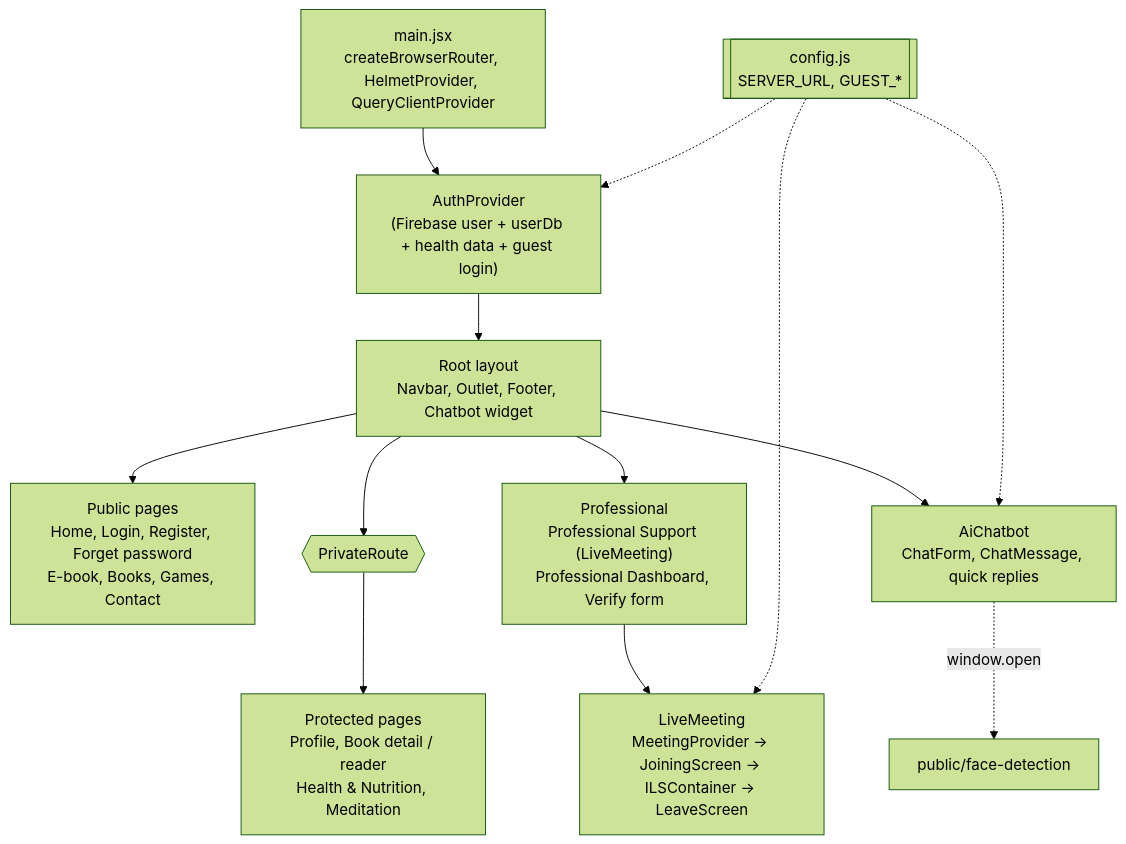
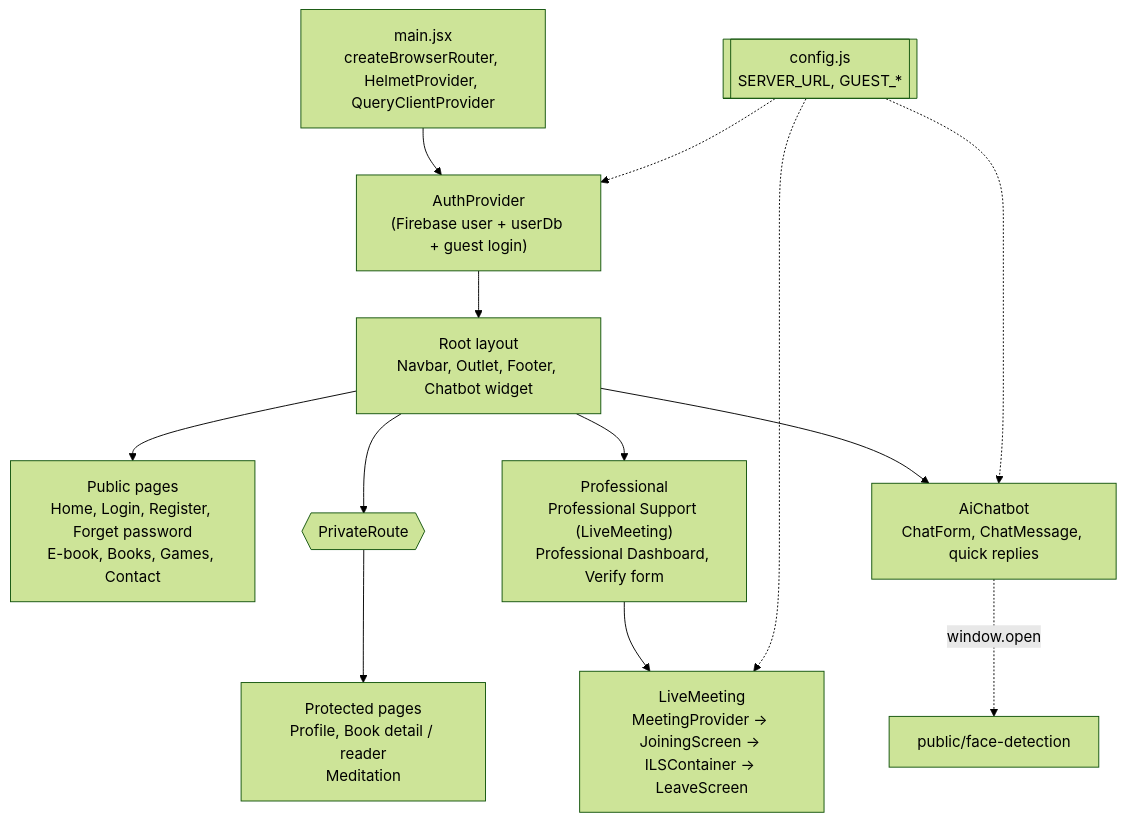
Before and after one commit to mahfuzhasanreza/kawan-client: the second of 6 diagrams in README.md, drawn with Mermaid (forest theme). The commit also changed other lines of this file and 2 other files, not shown here.

Commit message:
fix: update README and component descriptions to remove health tracking references

````diff
--- a/README.md
+++ b/README.md
@@ -143,19 +141,19 @@
 ```mermaid
 flowchart TB
     MAIN["main.jsx<br/>createBrowserRouter, HelmetProvider, QueryClientProvider"]
-    MAIN --> AP["AuthProvider<br/>(Firebase user + userDb + health data + guest login)"]
+    MAIN --> AP["AuthProvider<br/>(Firebase user + userDb + guest login)"]
     AP --> ROOT["Root layout<br/>Navbar, Outlet, Footer, Chatbot widget"]
 
     ROOT --> PUB["Public pages<br/>Home, Login, Register, Forget password<br/>E-book, Books, Games, Contact"]
     ROOT --> PR{{"PrivateRoute"}}
-    PR --> PRIV["Protected pages<br/>Profile, Book detail / reader<br/>Health & Nutrition, Meditation"]
+    PR --> PRIV["Protected pages<br/>Profile, Book detail / reader<br/>Meditation"]
     ROOT --> PROF["Professional<br/>Professional Support (LiveMeeting)<br/>Professional Dashboard, Verify form"]
 
     PROF --> LM["LiveMeeting<br/>MeetingProvider → JoiningScreen → ILSContainer → LeaveScreen"]
     ROOT --> CB["AiChatbot<br/>ChatForm, ChatMessage, quick replies"]
     CB -. "window.open" .-> FDP["public/face-detection"]
 
     CFG[["config.js<br/>SERVER_URL, GUEST_*"]] -.-> CB
     CFG -.-> LM
     CFG -.-> AP
 ```
````
